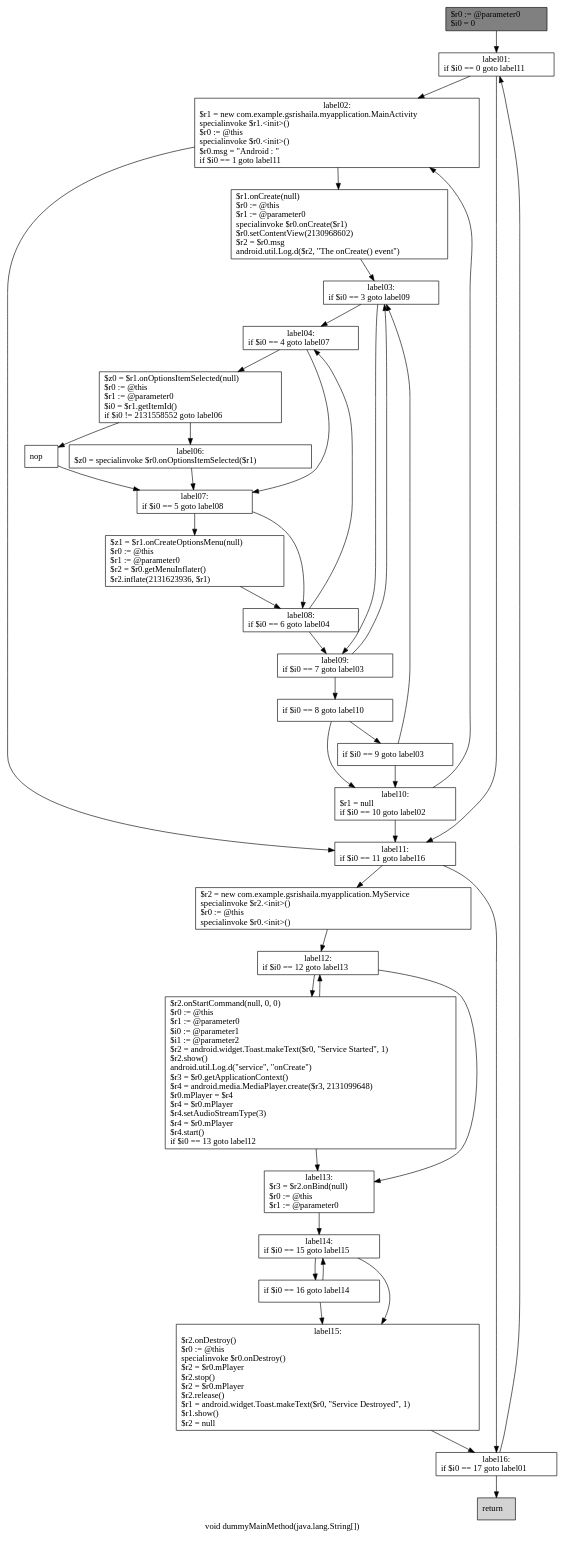
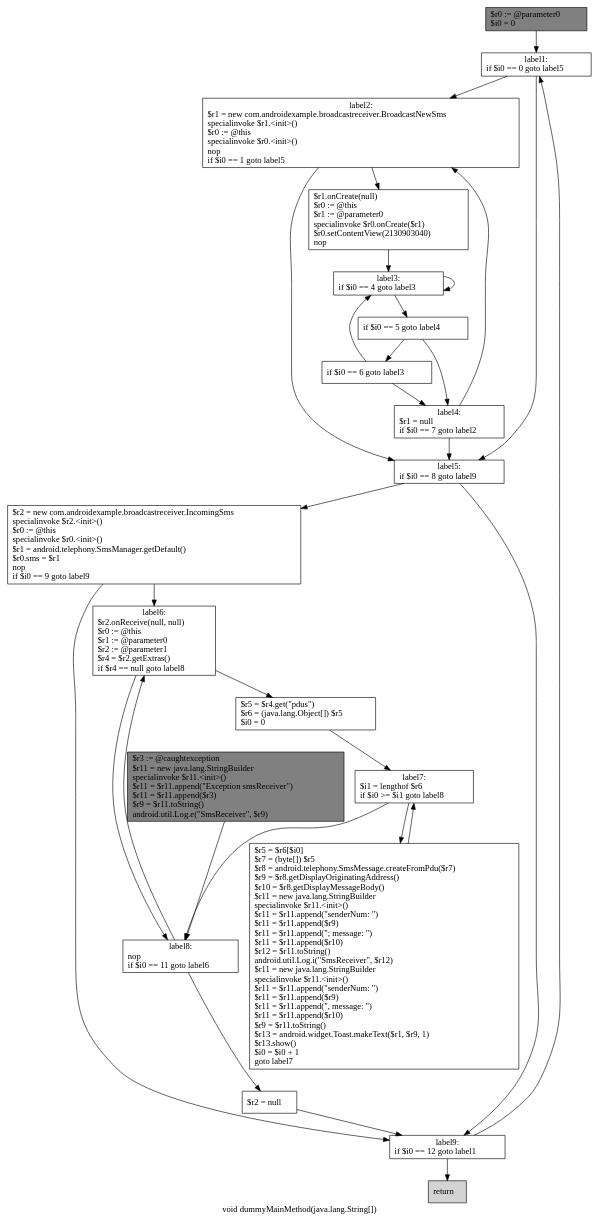
Before and after one commit to gsrishaila/summer: the diagram in soot-infoflow-android-develop/dummyMainMethod333.dot, drawn with Graphviz. The commit also changed 27 other files, not shown here.

Commit message:
BroadcastReceiverAPK and ServiceOriginalAPK is ok. Replaced last unit with NOP.

```diff
--- a/soot-infoflow-android-develop/dummyMainMethod333.dot
+++ b/soot-infoflow-android-develop/dummyMainMethod333.dot
@@ -1,72 +1,53 @@
 digraph "void dummyMainMethod(java.lang.String[])" {
     label="void dummyMainMethod(java.lang.String[])";
     node [shape=box];
     "0" [style=filled,fillcolor=gray,label="$r0 := @parameter0\l$i0 = 0\l",];
-    "1" [label="label01:\nif $i0 == 0 goto label11\l",];
+    "1" [label="label1:\nif $i0 == 0 goto label5\l",];
     "0"->"1";
-    "2" [label="label02:\n$r1 = new com.example.gsrishaila.myapplication.MainActivity\lspecialinvoke $r1.<init>()\l$r0 := @this\lspecialinvoke $r0.<init>()\l$r0.msg = \"Android : \"\lif $i0 == 1 goto label11\l",];
+    "2" [label="label2:\n$r1 = new com.androidexample.broadcastreceiver.BroadcastNewSms\lspecialinvoke $r1.<init>()\l$r0 := @this\lspecialinvoke $r0.<init>()\lnop\lif $i0 == 1 goto label5\l",];
     "1"->"2";
-    "16" [label="label11:\nif $i0 == 11 goto label16\l",];
-    "1"->"16";
-    "3" [label="$r1.onCreate(null)\l$r0 := @this\l$r1 := @parameter0\lspecialinvoke $r0.onCreate($r1)\l$r0.setContentView(2130968602)\l$r2 = $r0.msg\landroid.util.Log.d($r2, \"The onCreate() event\")\l",];
+    "8" [label="label5:\nif $i0 == 8 goto label9\l",];
+    "1"->"8";
+    "3" [label="$r1.onCreate(null)\l$r0 := @this\l$r1 := @parameter0\lspecialinvoke $r0.onCreate($r1)\l$r0.setContentView(2130903040)\lnop\l",];
     "2"->"3";
-    "2"->"16";
-    "4" [label="label03:\nif $i0 == 3 goto label09\l",];
+    "2"->"8";
+    "4" [label="label3:\nif $i0 == 4 goto label3\l",];
     "3"->"4";
-    "5" [label="label04:\nif $i0 == 4 goto label07\l",];
+    "4"->"4";
+    "5" [label="if $i0 == 5 goto label4\l",];
     "4"->"5";
-    "12" [label="label09:\nif $i0 == 7 goto label03\l",];
-    "4"->"12";
-    "6" [label="$z0 = $r1.onOptionsItemSelected(null)\l$r0 := @this\l$r1 := @parameter0\l$i0 = $r1.getItemId()\lif $i0 != 2131558552 goto label06\l",];
+    "6" [label="if $i0 == 6 goto label3\l",];
     "5"->"6";
-    "8" [label="label07:\nif $i0 == 5 goto label08\l",];
-    "5"->"8";
-    "7" [label="nop\l",];
+    "7" [label="label4:\n$r1 = null\lif $i0 == 7 goto label2\l",];
+    "5"->"7";
+    "6"->"4";
     "6"->"7";
-    "9" [label="label06:\n$z0 = specialinvoke $r0.onOptionsItemSelected($r1)\l",];
-    "6"->"9";
+    "7"->"2";
     "7"->"8";
-    "10" [label="$z1 = $r1.onCreateOptionsMenu(null)\l$r0 := @this\l$r1 := @parameter0\l$r2 = $r0.getMenuInflater()\l$r2.inflate(2131623936, $r1)\l",];
-    "8"->"10";
-    "11" [label="label08:\nif $i0 == 6 goto label04\l",];
-    "8"->"11";
-    "9"->"8";
+    "9" [label="$r2 = new com.androidexample.broadcastreceiver.IncomingSms\lspecialinvoke $r2.<init>()\l$r0 := @this\lspecialinvoke $r0.<init>()\l$r1 = android.telephony.SmsManager.getDefault()\l$r0.sms = $r1\lnop\lif $i0 == 9 goto label9\l",];
+    "8"->"9";
+    "17" [label="label9:\nif $i0 == 12 goto label1\l",];
+    "8"->"17";
+    "10" [label="label6:\n$r2.onReceive(null, null)\l$r0 := @this\l$r1 := @parameter0\l$r2 := @parameter1\l$r4 = $r2.getExtras()\lif $r4 == null goto label8\l",];
+    "9"->"10";
+    "9"->"17";
+    "11" [label="$r5 = $r4.get(\"pdus\")\l$r6 = (java.lang.Object[]) $r5\l$i0 = 0\l",];
     "10"->"11";
-    "11"->"5";
+    "15" [label="label8:\nnop\lif $i0 == 11 goto label6\l",];
+    "10"->"15";
+    "12" [label="label7:\n$i1 = lengthof $r6\lif $i0 >= $i1 goto label8\l",];
     "11"->"12";
-    "12"->"4";
-    "13" [label="if $i0 == 8 goto label10\l",];
+    "13" [label="$r5 = $r6[$i0]\l$r7 = (byte[]) $r5\l$r8 = android.telephony.SmsMessage.createFromPdu($r7)\l$r9 = $r8.getDisplayOriginatingAddress()\l$r10 = $r8.getDisplayMessageBody()\l$r11 = new java.lang.StringBuilder\lspecialinvoke $r11.<init>()\l$r11 = $r11.append(\"senderNum: \")\l$r11 = $r11.append($r9)\l$r11 = $r11.append(\"; message: \")\l$r11 = $r11.append($r10)\l$r12 = $r11.toString()\landroid.util.Log.i(\"SmsReceiver\", $r12)\l$r11 = new java.lang.StringBuilder\lspecialinvoke $r11.<init>()\l$r11 = $r11.append(\"senderNum: \")\l$r11 = $r11.append($r9)\l$r11 = $r11.append(\", message: \")\l$r11 = $r11.append($r10)\l$r9 = $r11.toString()\l$r13 = android.widget.Toast.makeText($r1, $r9, 1)\l$r13.show()\l$i0 = $i0 + 1\lgoto label7\l",];
     "12"->"13";
-    "14" [label="if $i0 == 9 goto label03\l",];
-    "13"->"14";
-    "15" [label="label10:\n$r1 = null\lif $i0 == 10 goto label02\l",];
-    "13"->"15";
-    "14"->"4";
+    "12"->"15";
+    "13"->"12";
+    "14" [style=filled,fillcolor=gray,label="$r3 := @caughtexception\l$r11 = new java.lang.StringBuilder\lspecialinvoke $r11.<init>()\l$r11 = $r11.append(\"Exception smsReceiver\")\l$r11 = $r11.append($r3)\l$r9 = $r11.toString()\landroid.util.Log.e(\"SmsReceiver\", $r9)\l",];
     "14"->"15";
-    "15"->"2";
+    "15"->"10";
+    "16" [label="$r2 = null\l",];
     "15"->"16";
-    "17" [label="$r2 = new com.example.gsrishaila.myapplication.MyService\lspecialinvoke $r2.<init>()\l$r0 := @this\lspecialinvoke $r0.<init>()\l",];
     "16"->"17";
-    "24" [label="label16:\nif $i0 == 17 goto label01\l",];
-    "16"->"24";
-    "18" [label="label12:\nif $i0 == 12 goto label13\l",];
+    "17"->"1";
+    "18" [style=filled,fillcolor=lightgray,label="return\l",];
     "17"->"18";
-    "19" [label="$r2.onStartCommand(null, 0, 0)\l$r0 := @this\l$r1 := @parameter0\l$i0 := @parameter1\l$i1 := @parameter2\l$r2 = android.widget.Toast.makeText($r0, \"Service Started\", 1)\l$r2.show()\landroid.util.Log.d(\"service\", \"onCreate\")\l$r3 = $r0.getApplicationContext()\l$r4 = android.media.MediaPlayer.create($r3, 2131099648)\l$r0.mPlayer = $r4\l$r4 = $r0.mPlayer\l$r4.setAudioStreamType(3)\l$r4 = $r0.mPlayer\l$r4.start()\lif $i0 == 13 goto label12\l",];
-    "18"->"19";
-    "20" [label="label13:\n$r3 = $r2.onBind(null)\l$r0 := @this\l$r1 := @parameter0\l",];
-    "18"->"20";
-    "19"->"18";
-    "19"->"20";
-    "21" [label="label14:\nif $i0 == 15 goto label15\l",];
-    "20"->"21";
-    "22" [label="if $i0 == 16 goto label14\l",];
-    "21"->"22";
-    "23" [label="label15:\n$r2.onDestroy()\l$r0 := @this\lspecialinvoke $r0.onDestroy()\l$r2 = $r0.mPlayer\l$r2.stop()\l$r2 = $r0.mPlayer\l$r2.release()\l$r1 = android.widget.Toast.makeText($r0, \"Service Destroyed\", 1)\l$r1.show()\l$r2 = null\l",];
-    "21"->"23";
-    "22"->"21";
-    "22"->"23";
-    "23"->"24";
-    "24"->"1";
-    "25" [style=filled,fillcolor=lightgray,label="return\l",];
-    "24"->"25";
 }
```
